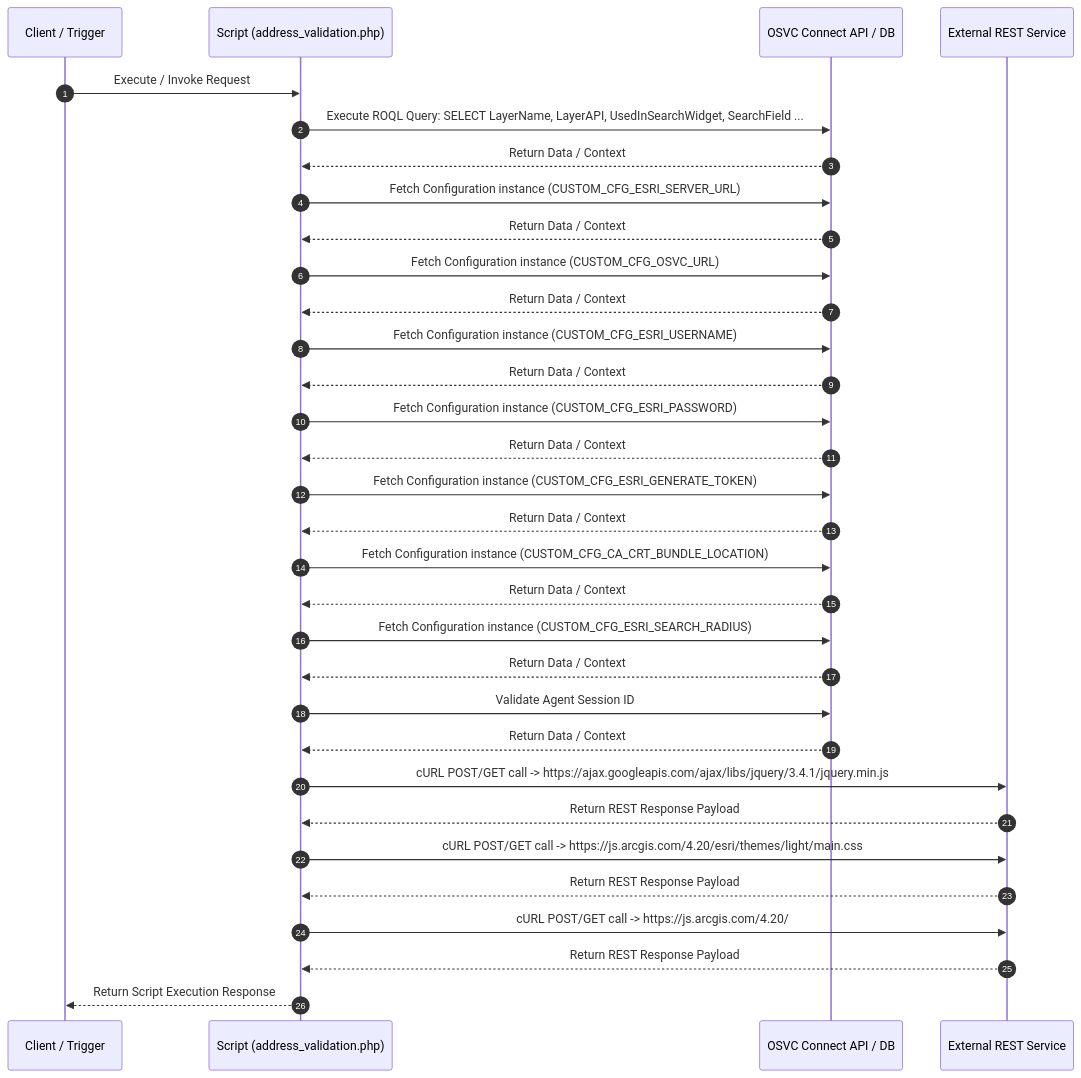
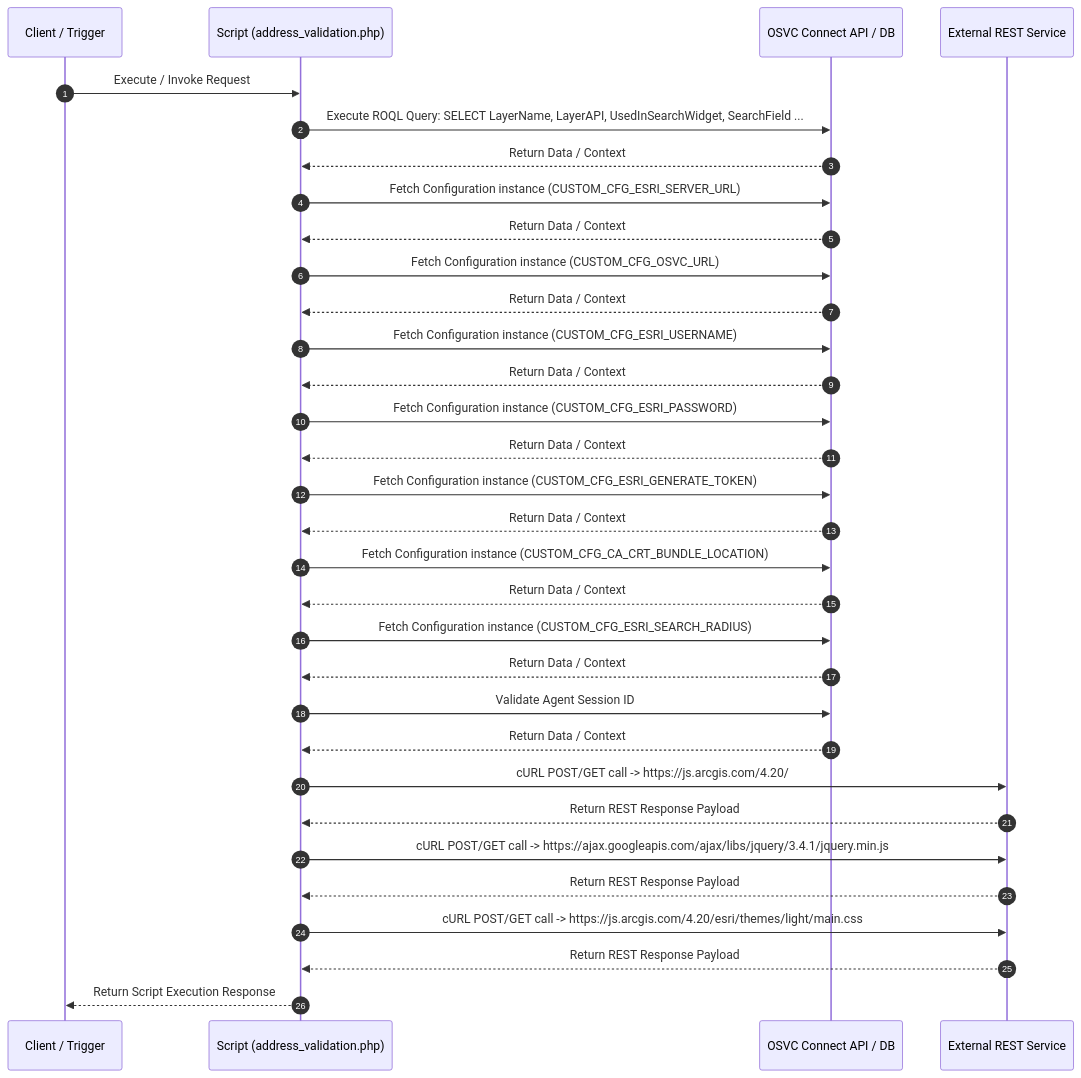
The diagram in results/scripts/report_address_validation.php.md (SujalMatolia0/Config_Migration), drawn with Mermaid before and after one commit. The commit also changed other lines of this file and 20 other files, not shown here.

````diff
--- a/results/scripts/report_address_validation.php.md
+++ b/results/scripts/report_address_validation.php.md
@@ -62,34 +62,34 @@
 ```mermaid
 sequenceDiagram
   autonumber
   participant Client as Client / Trigger
   participant Script as Script (address_validation.php)
   participant OSVC as OSVC Connect API / DB
   participant REST as External REST Service
   Client->>Script: Execute / Invoke Request
   Script->>OSVC: Execute ROQL Query: SELECT LayerName, LayerAPI, UsedInSearchWidget, SearchField ...
   OSVC-->>Script: Return Data / Context
   Script->>OSVC: Fetch Configuration instance (CUSTOM_CFG_ESRI_SERVER_URL)
   OSVC-->>Script: Return Data / Context
   Script->>OSVC: Fetch Configuration instance (CUSTOM_CFG_OSVC_URL)
   OSVC-->>Script: Return Data / Context
   Script->>OSVC: Fetch Configuration instance (CUSTOM_CFG_ESRI_USERNAME)
   OSVC-->>Script: Return Data / Context
   Script->>OSVC: Fetch Configuration instance (CUSTOM_CFG_ESRI_PASSWORD)
   OSVC-->>Script: Return Data / Context
   Script->>OSVC: Fetch Configuration instance (CUSTOM_CFG_ESRI_GENERATE_TOKEN)
   OSVC-->>Script: Return Data / Context
   Script->>OSVC: Fetch Configuration instance (CUSTOM_CFG_CA_CRT_BUNDLE_LOCATION)
   OSVC-->>Script: Return Data / Context
   Script->>OSVC: Fetch Configuration instance (CUSTOM_CFG_ESRI_SEARCH_RADIUS)
   OSVC-->>Script: Return Data / Context
   Script->>OSVC: Validate Agent Session ID
   OSVC-->>Script: Return Data / Context
+  Script->>REST: cURL POST/GET call -> https://js.arcgis.com/4.20/
+  REST-->>Script: Return REST Response Payload
   Script->>REST: cURL POST/GET call -> https://ajax.googleapis.com/ajax/libs/jquery/3.4.1/jquery.min.js
   REST-->>Script: Return REST Response Payload
   Script->>REST: cURL POST/GET call -> https://js.arcgis.com/4.20/esri/themes/light/main.css
   REST-->>Script: Return REST Response Payload
-  Script->>REST: cURL POST/GET call -> https://js.arcgis.com/4.20/
-  REST-->>Script: Return REST Response Payload
   Script-->>Client: Return Script Execution Response
 ```
````
